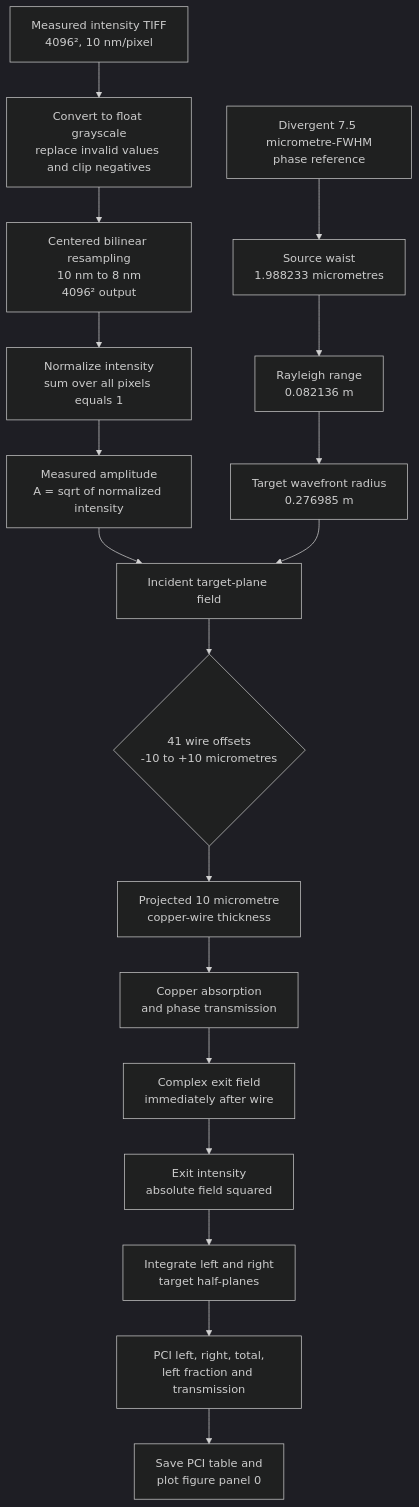
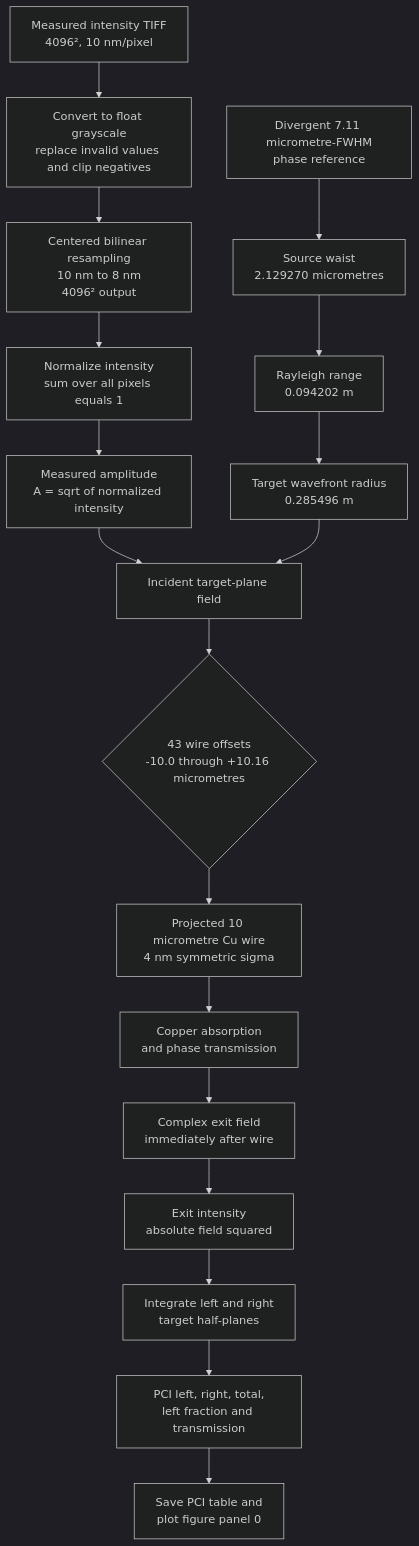
Before and after one commit to wenfe/PCI_Codebase: the second of 2 diagrams in PCI_Codebase/docs/pci_calculation_workflows.md, drawn with Mermaid (dark theme). The commit also changed other lines of this file and 9 other files, not shown here.

````diff
--- a/PCI_Codebase/docs/pci_calculation_workflows.md
+++ b/PCI_Codebase/docs/pci_calculation_workflows.md
@@ -230,22 +256,22 @@
 ```mermaid
 flowchart TD
     A["Measured intensity TIFF<br/>4096², 10 nm/pixel"] --> B["Convert to float grayscale<br/>replace invalid values and clip negatives"]
     B --> C["Centered bilinear resampling<br/>10 nm to 8 nm<br/>4096² output"]
     C --> D["Normalize intensity<br/>sum over all pixels equals 1"]
     D --> E["Measured amplitude<br/>A = sqrt of normalized intensity"]
 
-    P["Divergent 7.5 micrometre-FWHM<br/>phase reference"] --> P1["Source waist<br/>1.988233 micrometres"]
-    P1 --> P2["Rayleigh range<br/>0.082136 m"]
-    P2 --> P3["Target wavefront radius<br/>0.276985 m"]
+    P["Divergent 7.11 micrometre-FWHM<br/>phase reference"] --> P1["Source waist<br/>2.129270 micrometres"]
+    P1 --> P2["Rayleigh range<br/>0.094202 m"]
+    P2 --> P3["Target wavefront radius<br/>0.285496 m"]
 
     E --> F["Incident target-plane field"]
     P3 --> F
-    F --> G{"41 wire offsets<br/>-10 to +10 micrometres"}
-    G --> H["Projected 10 micrometre<br/>copper-wire thickness"]
+    F --> G{"43 wire offsets<br/>-10.0 through +10.16 micrometres"}
+    G --> H["Projected 10 micrometre Cu wire<br/>4 nm symmetric sigma"]
     H --> I["Copper absorption<br/>and phase transmission"]
     I --> J["Complex exit field<br/>immediately after wire"]
     J --> K["Exit intensity<br/>absolute field squared"]
     K --> L["Integrate left and right<br/>target half-planes"]
     L --> M["PCI left, right, total,<br/>left fraction and transmission"]
     M --> N["Save PCI table and<br/>plot figure panel 0"]
 ```
````
